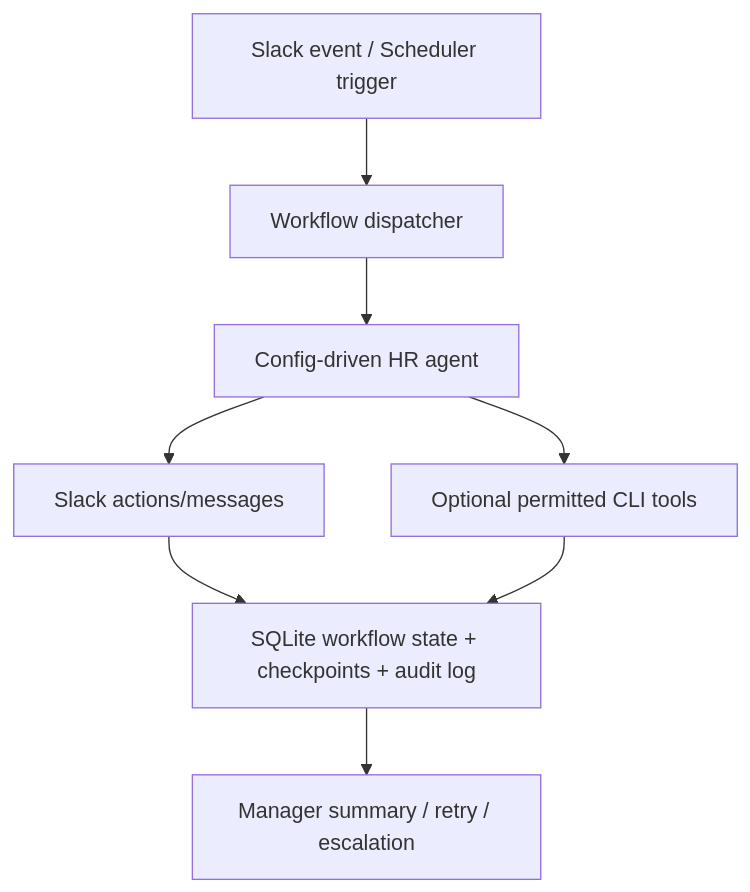
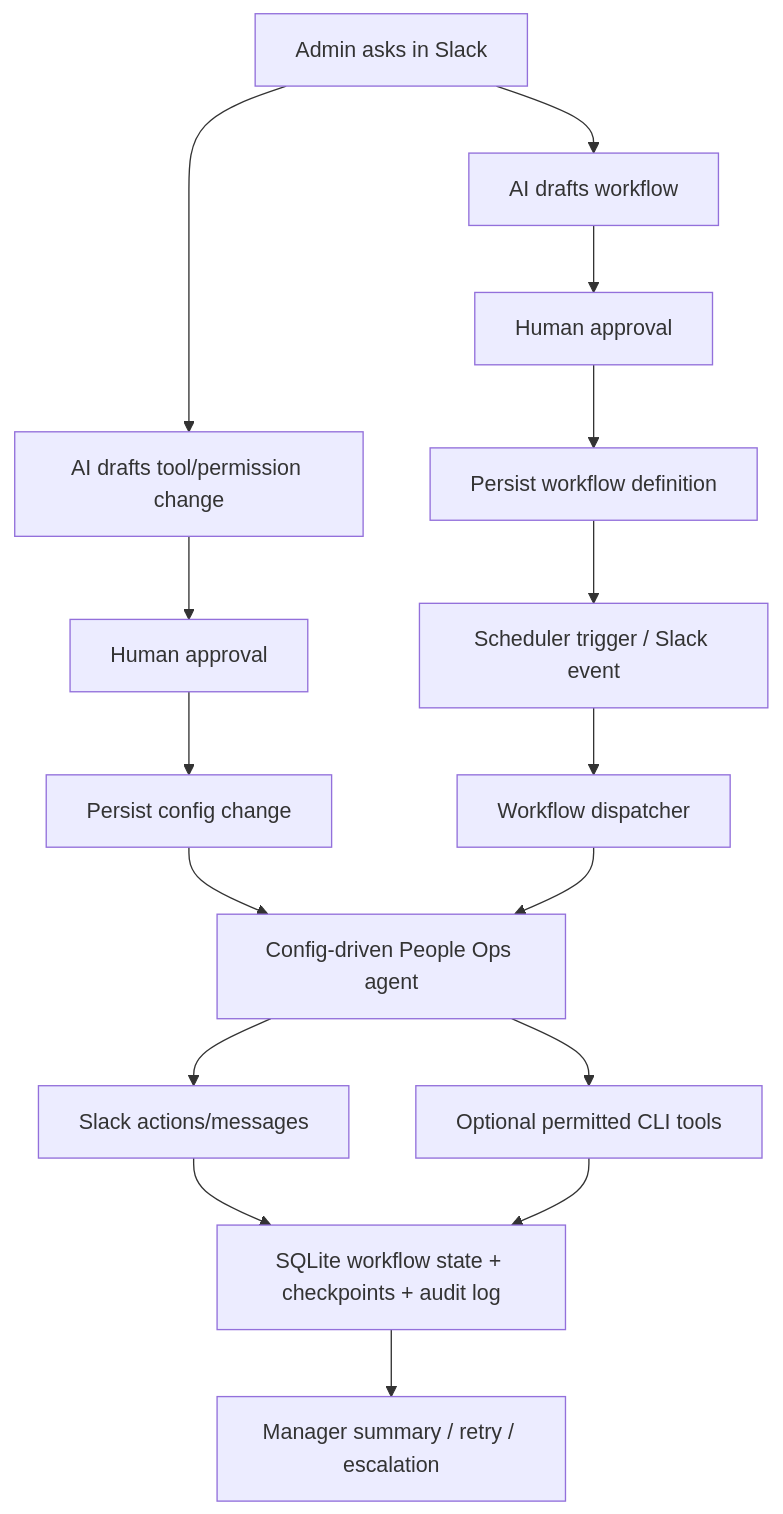
One commit to cawstudios/Agent.Gantry changed the diagram in docs/plans/people-ops-phase1-step-by-step.md. Above: the diagram before and after it, drawn with Mermaid. The commit also changed other lines of this file and 46 other files, not shown here.

````diff
--- a/docs/plans/people-ops-phase1-step-by-step.md
+++ b/docs/plans/people-ops-phase1-step-by-step.md
@@ -40,10 +45,18 @@
 ```mermaid
 flowchart TD
-    A[Slack event / Scheduler trigger] --> B[Workflow dispatcher]
-    B --> C[Config-driven HR agent]
-    C --> D[Slack actions/messages]
-    C --> E[Optional permitted CLI tools]
-    D --> F[SQLite workflow state + checkpoints + audit log]
-    E --> F
-    F --> G[Manager summary / retry / escalation]
+    A[Admin asks in Slack] --> B[AI drafts workflow]
+    B --> C[Human approval]
+    C --> D[Persist workflow definition]
+    A --> L[AI drafts tool/permission change]
+    L --> M[Human approval]
+    M --> N[Persist config change]
+    D --> E[Scheduler trigger / Slack event]
+    N --> G[Config-driven People Ops agent]
+    E --> F[Workflow dispatcher]
+    F --> G
+    G --> H[Slack actions/messages]
+    G --> I[Optional permitted CLI tools]
+    H --> J[SQLite workflow state + checkpoints + audit log]
+    I --> J
+    J --> K[Manager summary / retry / escalation]
 ```
````
